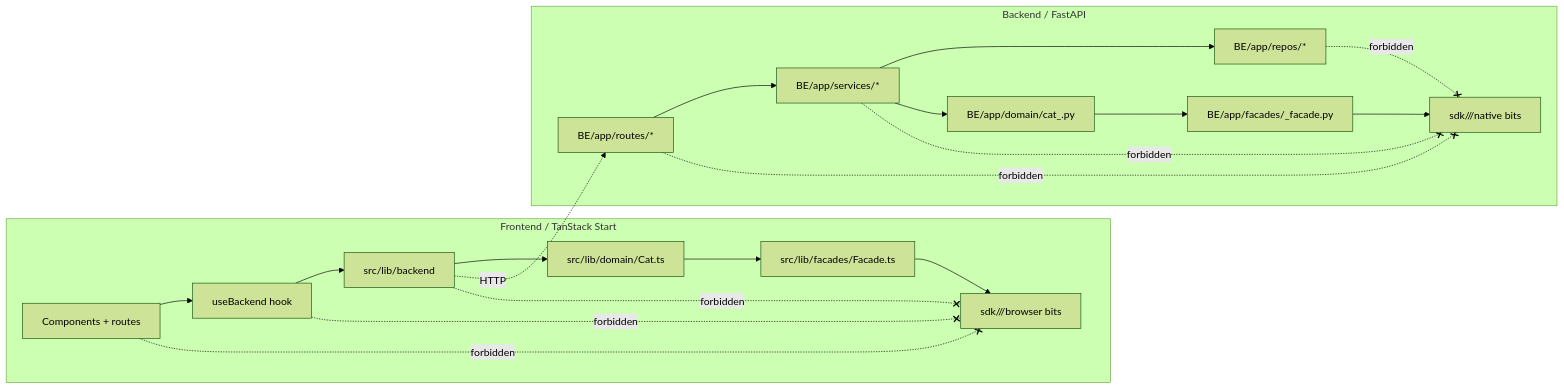
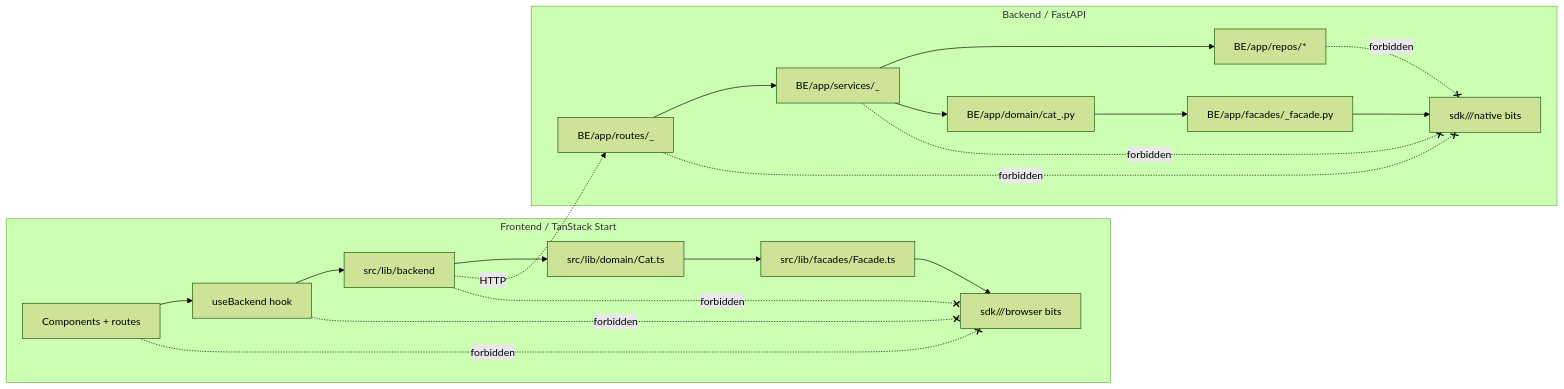
The third of 5 diagrams in docs/diagrams/backend-v1/README.md (alimtvnetwork/cat-my-v12), drawn with Mermaid (forest theme) before and after one commit. The commit also changed 60 other files, not shown here.

`````diff
--- a/docs/diagrams/backend-v1/README.md
+++ b/docs/diagrams/backend-v1/README.md
@@ -90,34 +90,34 @@
 ```mermaid
 flowchart LR
   subgraph FE[Frontend / TanStack Start]
     COMP[Components + routes]
     HK[useBackend hook]
     TC[src/lib/backend]
     FEFAC[src/lib/facades/<Vendor>Facade.ts]
     FEDOM[src/lib/domain/Cat<Concept>.ts]
     SDKBROWSER[sdk/<vendor>/<ver>/browser bits]
   end
 
 subgraph BE[Backend / FastAPI]
-ROUTE[BE/app/routes/*]
-SVC[BE/app/services/*]
+ROUTE[BE/app/routes/_]
+SVC[BE/app/services/_]
 REPO[BE/app/repos/*]
 BEFAC[BE/app/facades/<vendor>_facade.py]
 BEDOM[BE/app/domain/cat_<concept>.py]
 SDKNATIVE[sdk/<vendor>/<ver>/native bits]
 end
 
 COMP --> HK --> TC --> FEDOM --> FEFAC --> SDKBROWSER
 TC -.HTTP.-> ROUTE --> SVC --> REPO
 SVC --> BEDOM --> BEFAC --> SDKNATIVE
 
 COMP -. forbidden .-x SDKBROWSER
 HK -. forbidden .-x SDKBROWSER
 TC -. forbidden .-x SDKBROWSER
 ROUTE-. forbidden .-x SDKNATIVE
 SVC -. forbidden .-x SDKNATIVE
 REPO -. forbidden .-x SDKNATIVE
 
 classDef forbidden stroke:#c00,stroke-dasharray:4 3,color:#c00
 
 ````
`````
